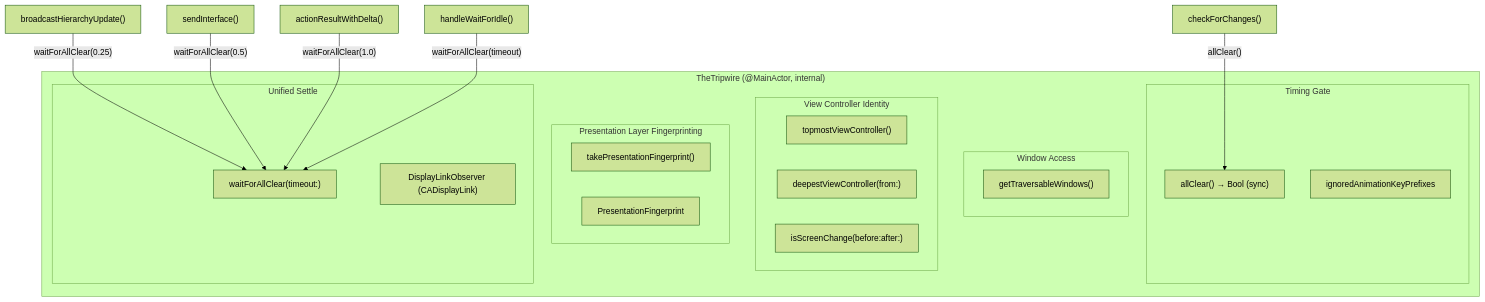
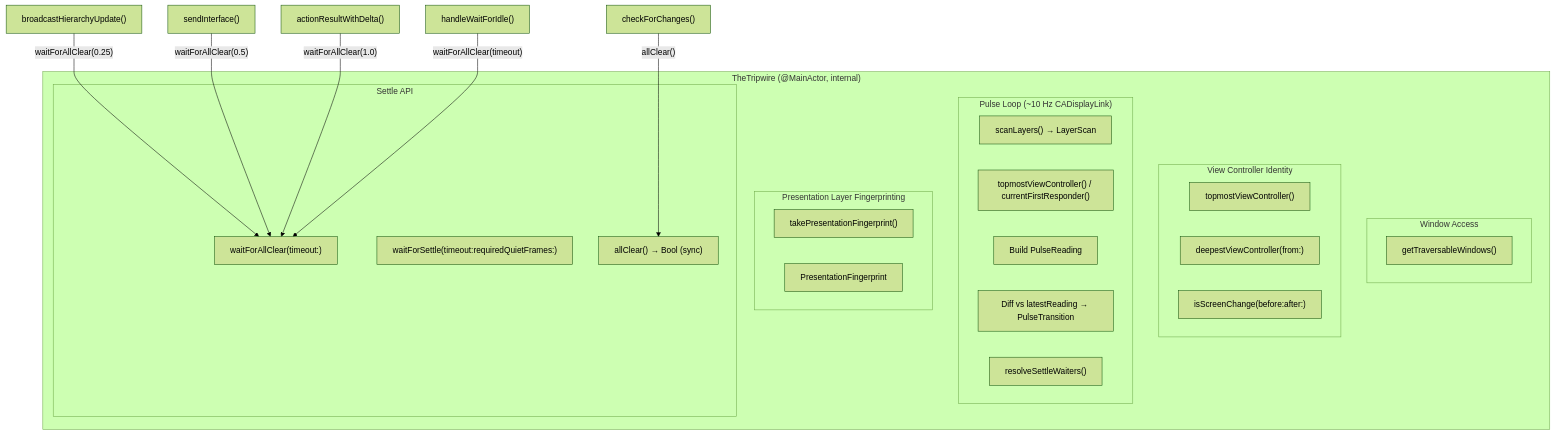
Before and after one commit to RoyalPineapple/TheButtonHeist: the first of 3 diagrams in docs/dossiers/14-THETRIPWIRE.md, drawn with Mermaid (forest theme). The commit also changed other lines of this file and 3 other files, not shown here.

````diff
--- a/docs/dossiers/14-THETRIPWIRE.md
+++ b/docs/dossiers/14-THETRIPWIRE.md
@@ -20,35 +33,39 @@
 ```mermaid
 graph TD
     subgraph TheTripwire["TheTripwire (@MainActor, internal)"]
         subgraph Windows["Window Access"]
             GetWindows["getTraversableWindows()"]
         end
 
         subgraph VCIdentity["View Controller Identity"]
             TopVC["topmostViewController()"]
             DeepVC["deepestViewController(from:)"]
             ScreenChange["isScreenChange(before:after:)"]
         end
 
-        subgraph TimingGate["Timing Gate"]
-            AllClear["allClear() → Bool (sync)"]
-            IgnoredPrefixes["ignoredAnimationKeyPrefixes"]
+        subgraph Pulse["Pulse Loop (~10 Hz CADisplayLink)"]
+            ScanLayers["scanLayers() → LayerScan"]
+            SampleVC["topmostViewController() / currentFirstResponder()"]
+            BuildReading["Build PulseReading"]
+            DiffPrev["Diff vs latestReading → PulseTransition"]
+            ResolveWaiters["resolveSettleWaiters()"]
         end
 
         subgraph Fingerprint["Presentation Layer Fingerprinting"]
             TakeFP["takePresentationFingerprint()"]
             FPStruct["PresentationFingerprint"]
         end
 
-        subgraph Settling["Unified Settle"]
+        subgraph Settling["Settle API"]
             WaitAllClear["waitForAllClear(timeout:)"]
-            DisplayLink["DisplayLinkObserver (CADisplayLink)"]
+            WaitSettle["waitForSettle(timeout:requiredQuietFrames:)"]
+            AllClear["allClear() → Bool (sync)"]
         end
     end
 
     Polling["checkForChanges()"] -->|"allClear()"| AllClear
     Debounce["broadcastHierarchyUpdate()"] -->|"waitForAllClear(0.25)"| WaitAllClear
     SendIF["sendInterface()"] -->|"waitForAllClear(0.5)"| WaitAllClear
     ActionResult["actionResultWithDelta()"] -->|"waitForAllClear(1.0)"| WaitAllClear
     WaitIdle["handleWaitForIdle()"] -->|"waitForAllClear(timeout)"| WaitAllClear
 ```
````
